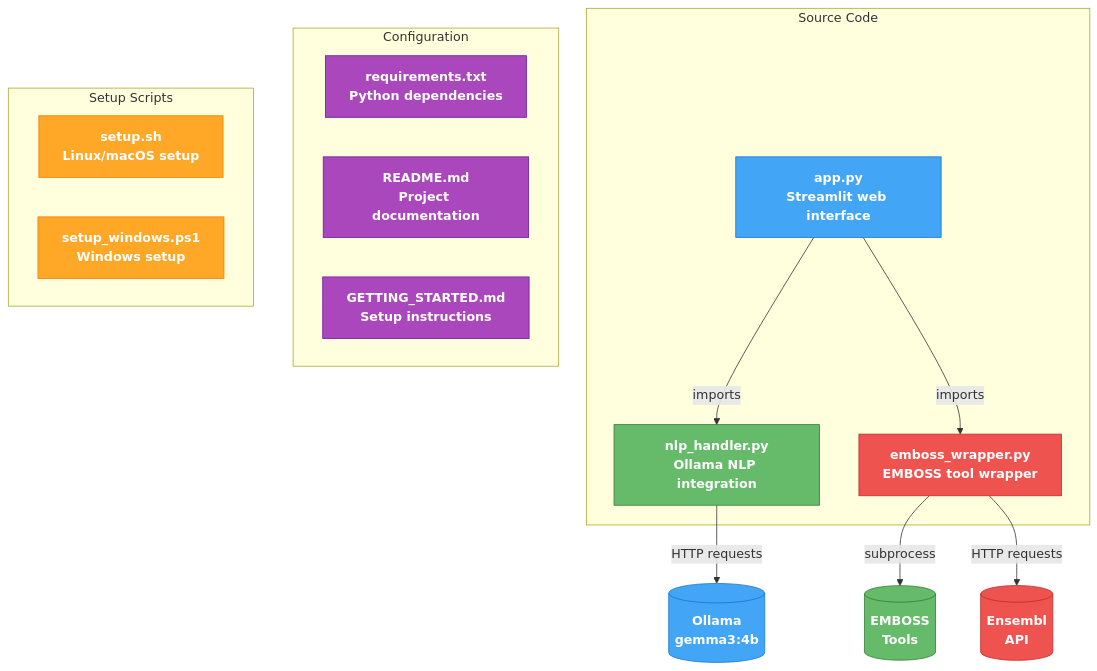
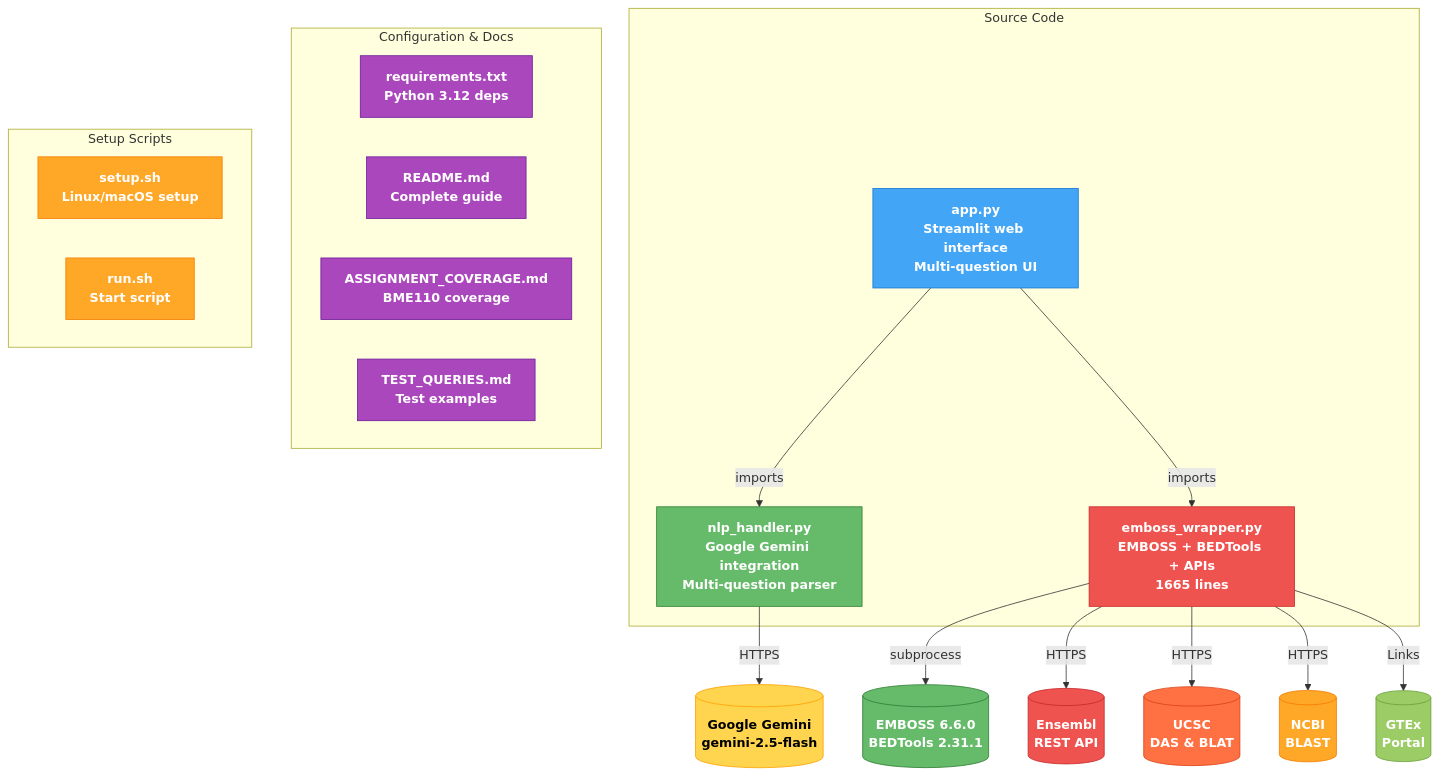
The eighth of 9 diagrams in docs/ARCHITECTURE.md (caagendaz/BME110-final), drawn with Mermaid before and after one commit. The commit also changed other lines of this file, not shown here.

Commit message:
Update ARCHITECTURE.md flowcharts to reflect Gemini API, Python 3.12, multi-question mode, and new tools

````diff
--- a/docs/ARCHITECTURE.md
+++ b/docs/ARCHITECTURE.md
@@ -263,37 +291,45 @@
 ```mermaid
 graph TB
     subgraph Code["Source Code"]
-        APP["app.py<br/>Streamlit web interface"]
-        NLP["nlp_handler.py<br/>Ollama NLP integration"]
-        EMBOSS["emboss_wrapper.py<br/>EMBOSS tool wrapper"]
+        APP["app.py<br/>Streamlit web interface<br/>Multi-question UI"]
+        NLP["nlp_handler.py<br/>Google Gemini integration<br/>Multi-question parser"]
+        EMBOSS["emboss_wrapper.py<br/>EMBOSS + BEDTools + APIs<br/>1665 lines"]
         APP -->|imports| NLP
         APP -->|imports| EMBOSS
     end
     
-    subgraph Config["Configuration"]
-        REQ["requirements.txt<br/>Python dependencies"]
-        README["README.md<br/>Project documentation"]
-        GETTING["GETTING_STARTED.md<br/>Setup instructions"]
+    subgraph Config["Configuration & Docs"]
+        REQ["requirements.txt<br/>Python 3.12 deps"]
+        README["README.md<br/>Complete guide"]
+        COVERAGE["ASSIGNMENT_COVERAGE.md<br/>BME110 coverage"]
+        TESTS["TEST_QUERIES.md<br/>Test examples"]
     end
     
     subgraph Setup["Setup Scripts"]
         SETUP_SH["setup.sh<br/>Linux/macOS setup"]
-        SETUP_PS["setup_windows.ps1<br/>Windows setup"]
+        RUN_SH["run.sh<br/>Start script"]
     end
     
-    NLP -->|HTTP requests| Ollama[("Ollama<br/>gemma3:4b")]
-    EMBOSS -->|subprocess| Tools[("EMBOSS<br/>Tools")]
-    EMBOSS -->|HTTP requests| Ensembl[("Ensembl<br/>API")]
+    NLP -->|HTTPS| Gemini[("Google Gemini<br/>gemini-2.5-flash")]
+    EMBOSS -->|subprocess| Tools[("EMBOSS 6.6.0<br/>BEDTools 2.31.1")]
+    EMBOSS -->|HTTPS| Ensembl[("Ensembl<br/>REST API")]
+    EMBOSS -->|HTTPS| UCSC[("UCSC<br/>DAS & BLAT")]
+    EMBOSS -->|HTTPS| NCBI[("NCBI<br/>BLAST")]
+    EMBOSS -->|Links| GTEx[("GTEx<br/>Portal")]
     
     style APP fill:#42a5f5,stroke:#1976d2,color:#ffffff,font-weight:bold
     style NLP fill:#66bb6a,stroke:#2e7d32,color:#ffffff,font-weight:bold
     style EMBOSS fill:#ef5350,stroke:#c62828,color:#ffffff,font-weight:bold
     style REQ fill:#ab47bc,stroke:#6a1b9a,color:#ffffff,font-weight:bold
     style README fill:#ab47bc,stroke:#6a1b9a,color:#ffffff,font-weight:bold
-    style GETTING fill:#ab47bc,stroke:#6a1b9a,color:#ffffff,font-weight:bold
+    style COVERAGE fill:#ab47bc,stroke:#6a1b9a,color:#ffffff,font-weight:bold
+    style TESTS fill:#ab47bc,stroke:#6a1b9a,color:#ffffff,font-weight:bold
     style SETUP_SH fill:#ffa726,stroke:#f57c00,color:#ffffff,font-weight:bold
-    style SETUP_PS fill:#ffa726,stroke:#f57c00,color:#ffffff,font-weight:bold
-    style Ollama fill:#42a5f5,stroke:#1976d2,color:#ffffff,font-weight:bold
+    style RUN_SH fill:#ffa726,stroke:#f57c00,color:#ffffff,font-weight:bold
+    style Gemini fill:#ffd54f,stroke:#ffa000,color:#000000,font-weight:bold
     style Tools fill:#66bb6a,stroke:#2e7d32,color:#ffffff,font-weight:bold
     style Ensembl fill:#ef5350,stroke:#c62828,color:#ffffff,font-weight:bold
+    style UCSC fill:#ff7043,stroke:#d84315,color:#ffffff,font-weight:bold
+    style NCBI fill:#ffa726,stroke:#f57c00,color:#ffffff,font-weight:bold
+    style GTEx fill:#9ccc65,stroke:#689f38,color:#ffffff,font-weight:bold
 ```
````
